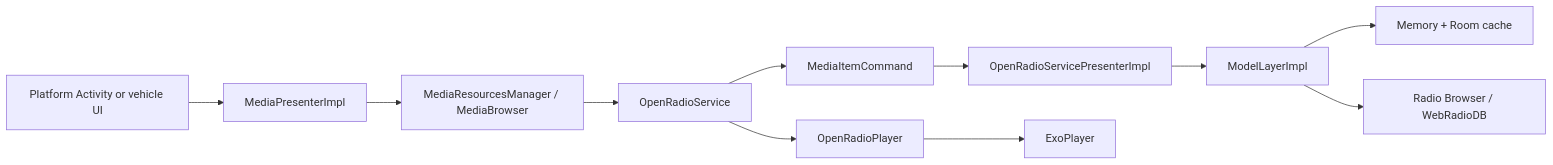
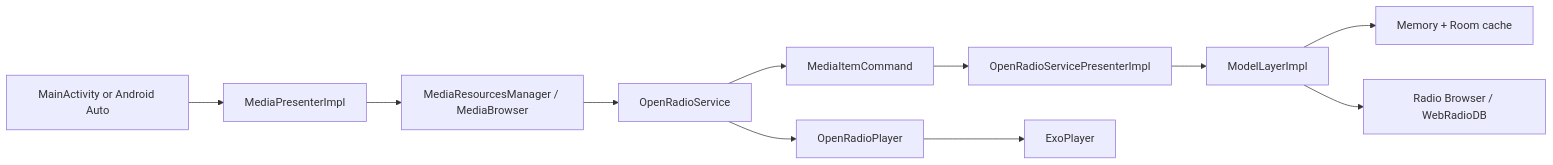
One commit to jcszymansk/freenetradio changed the diagram in doc/project-overview.md. Above: the diagram before and after it, drawn with Mermaid. The commit also changed other lines of this file, not shown here.

````diff
--- a/doc/project-overview.md
+++ b/doc/project-overview.md
@@ -47,25 +47,25 @@
 ```mermaid
 flowchart LR
-    UI["Platform Activity or vehicle UI"]
+    UI["MainActivity or Android Auto"]
     Presenter["MediaPresenterImpl"]
     Browser["MediaResourcesManager / MediaBrowser"]
     Service["OpenRadioService"]
     Command["MediaItemCommand"]
     ServicePresenter["OpenRadioServicePresenterImpl"]
     Model["ModelLayerImpl"]
     Provider["Radio Browser / WebRadioDB"]
     Cache["Memory + Room cache"]
     Player["OpenRadioPlayer"]
     Output["ExoPlayer"]
 
     UI --> Presenter
     Presenter --> Browser
     Browser --> Service
     Service --> Command
     Command --> ServicePresenter
     ServicePresenter --> Model
     Model --> Cache
     Model --> Provider
     Service --> Player
     Player --> Output
 ```
````
